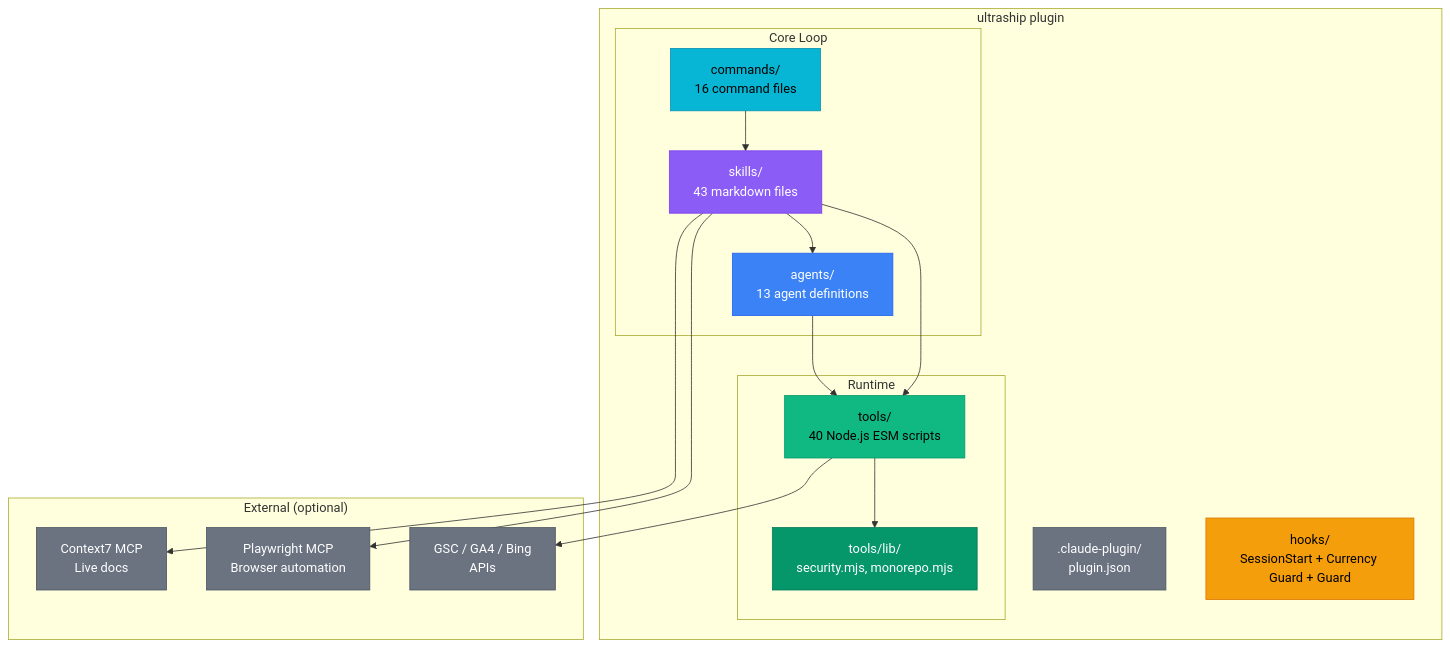
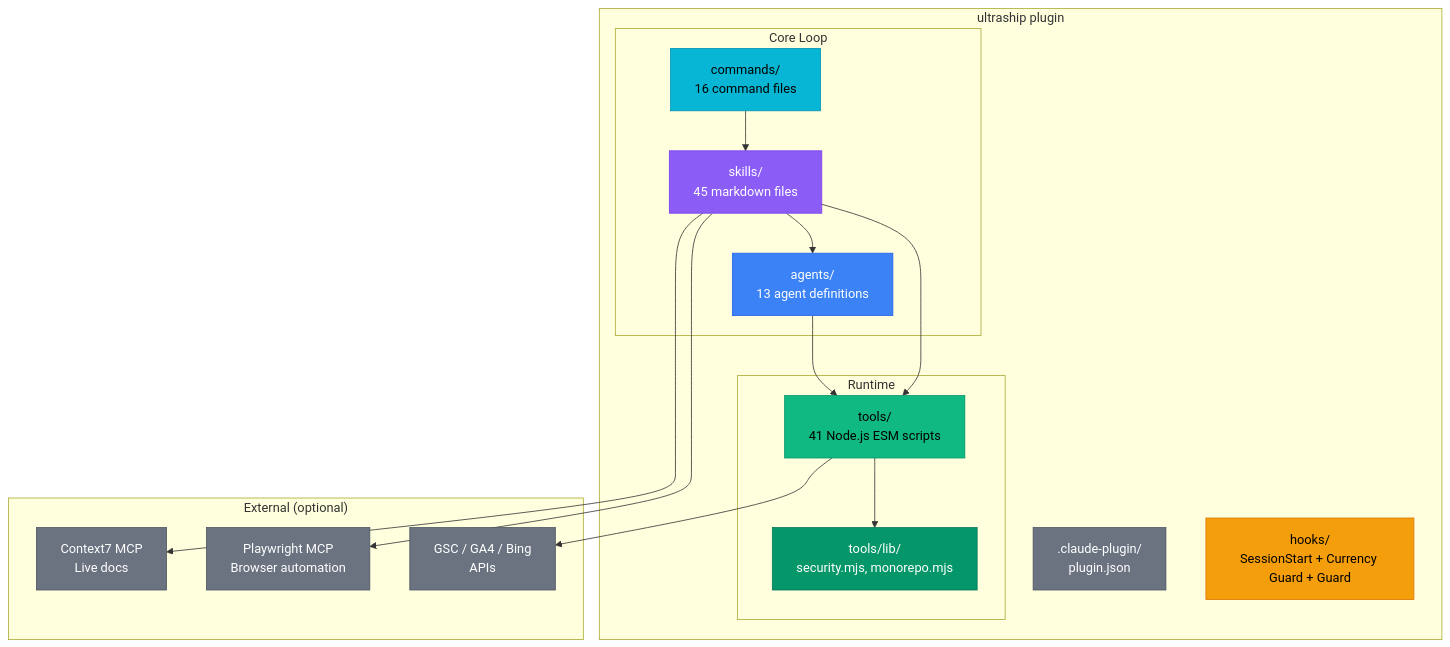
Before and after one commit to Houseofmvps/ultraship: the seventh of 7 diagrams in README.md, drawn with Mermaid. The commit also changed other lines of this file and 9 other files, not shown here.

````diff
--- a/README.md
+++ b/README.md
@@ -409,44 +410,44 @@
 ```mermaid
 flowchart TD
     subgraph Plugin["ultraship plugin"]
         MANIFEST[".claude-plugin/<br/>plugin.json"]
         HOOKS["hooks/<br/>SessionStart + Currency Guard + Guard"]
 
         subgraph Core["Core Loop"]
-            SKILLS["skills/<br/>43 markdown files"]
+            SKILLS["skills/<br/>45 markdown files"]
             AGENTS["agents/<br/>13 agent definitions"]
             COMMANDS["commands/<br/>16 command files"]
         end
 
         subgraph Runtime["Runtime"]
-            TOOLS["tools/<br/>40 Node.js ESM scripts"]
+            TOOLS["tools/<br/>41 Node.js ESM scripts"]
             LIB["tools/lib/<br/>security.mjs, monorepo.mjs"]
         end
     end
 
     subgraph External["External (optional)"]
         MCP1["Context7 MCP<br/>Live docs"]
         MCP2["Playwright MCP<br/>Browser automation"]
         GSC2["GSC / GA4 / Bing<br/>APIs"]
     end
 
     COMMANDS --> SKILLS
     SKILLS --> AGENTS
     SKILLS --> TOOLS
     AGENTS --> TOOLS
     TOOLS --> LIB
     TOOLS --> GSC2
     SKILLS --> MCP1
     SKILLS --> MCP2
 
     style MANIFEST fill:#6b7280,stroke:#4b5563,color:#fff
     style HOOKS fill:#f59e0b,stroke:#d97706,color:#000
     style SKILLS fill:#8b5cf6,stroke:#7c3aed,color:#fff
     style AGENTS fill:#3b82f6,stroke:#2563eb,color:#fff
     style COMMANDS fill:#06b6d4,stroke:#0891b2,color:#000
     style TOOLS fill:#10b981,stroke:#059669,color:#000
     style LIB fill:#059669,stroke:#047857,color:#fff
     style MCP1 fill:#6b7280,stroke:#4b5563,color:#fff
     style MCP2 fill:#6b7280,stroke:#4b5563,color:#fff
     style GSC2 fill:#6b7280,stroke:#4b5563,color:#fff
 ```
````
